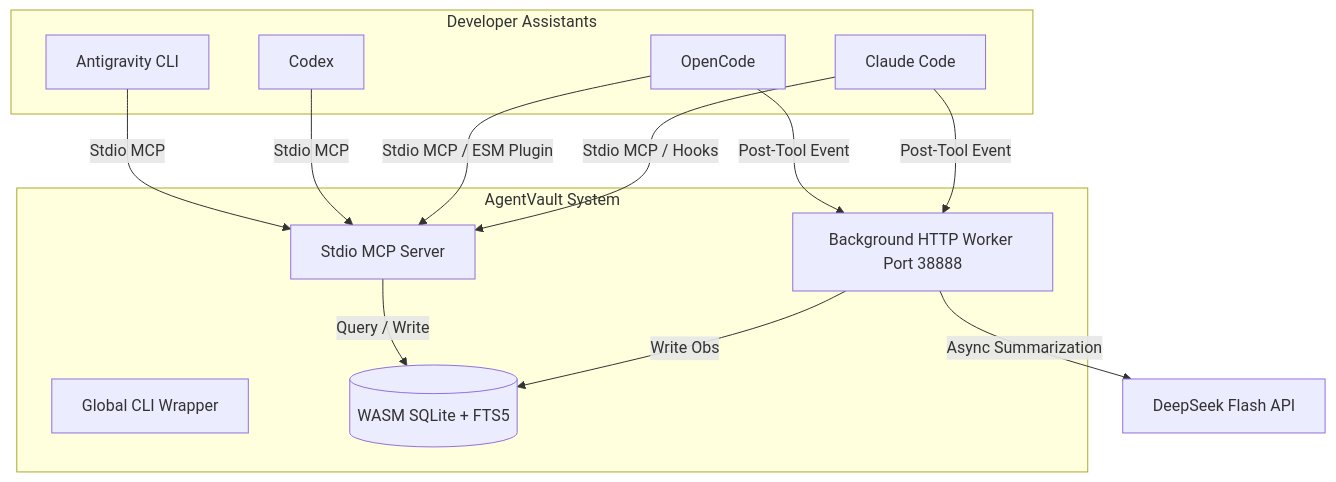
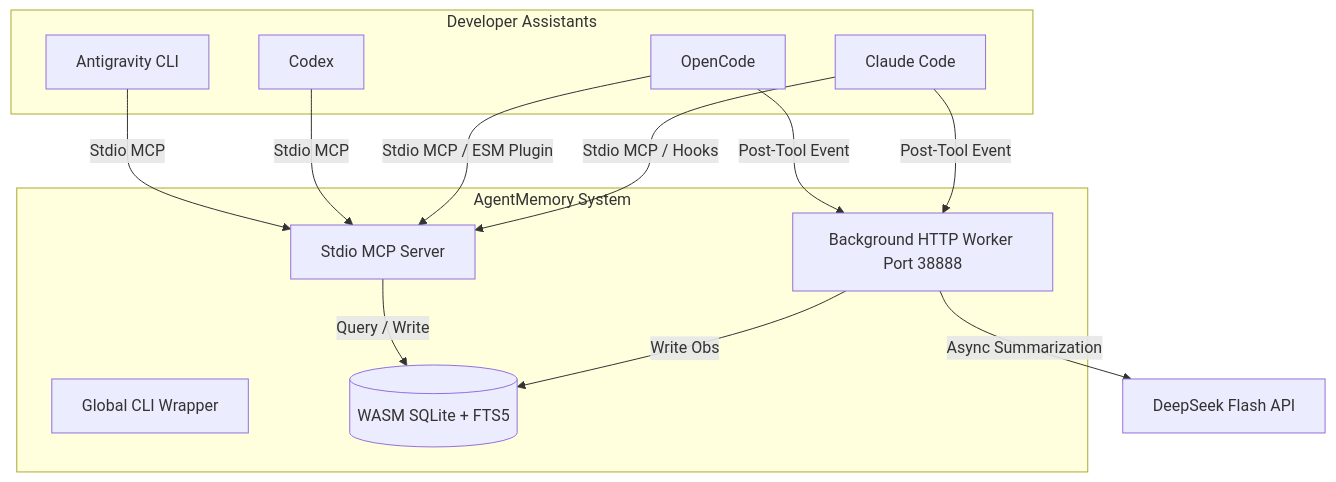
Before and after one commit to KuanChen01/AgentMemory: the diagram in README.md, drawn with Mermaid. The commit also changed other lines of this file and 11 other files, not shown here.

Commit message:
refactor: rename project from AgentVault to AgentMemory (agentmem)

````diff
--- a/README.md
+++ b/README.md
@@ -21,28 +21,28 @@
 ```mermaid
 graph TD
     subgraph Clients [Developer Assistants]
         CC[Claude Code]
         OC[OpenCode]
         CX[Codex]
         AG[Antigravity CLI]
     end
 
-    subgraph AgentVault Core [AgentVault System]
+    subgraph AgentMemory Core [AgentMemory System]
         CLI[Global CLI Wrapper]
         Worker[Background HTTP Worker Port 38888]
         MCP[Stdio MCP Server]
         DB[(WASM SQLite + FTS5)]
     end
 
     CC -- Stdio MCP / Hooks --> MCP
     OC -- Stdio MCP / ESM Plugin --> MCP
     CX -- Stdio MCP --> MCP
     AG -- Stdio MCP --> MCP
 
     CC -- Post-Tool Event --> Worker
     OC -- Post-Tool Event --> Worker
 
     Worker -- Async Summarization --> LLM[DeepSeek Flash API]
     Worker -- Write Obs --> DB
     MCP -- Query / Write --> DB
 ```
````
